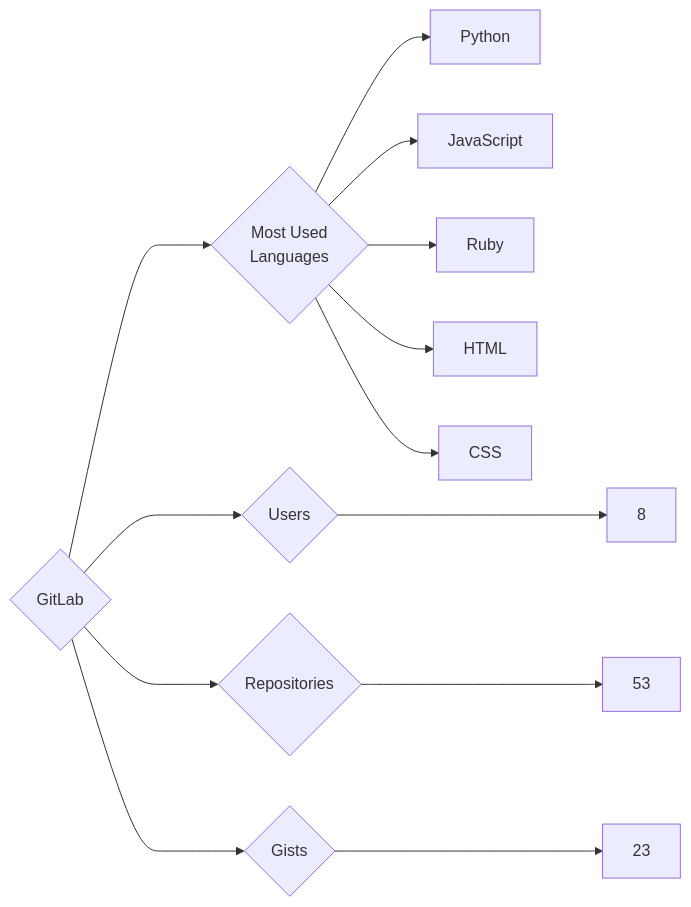
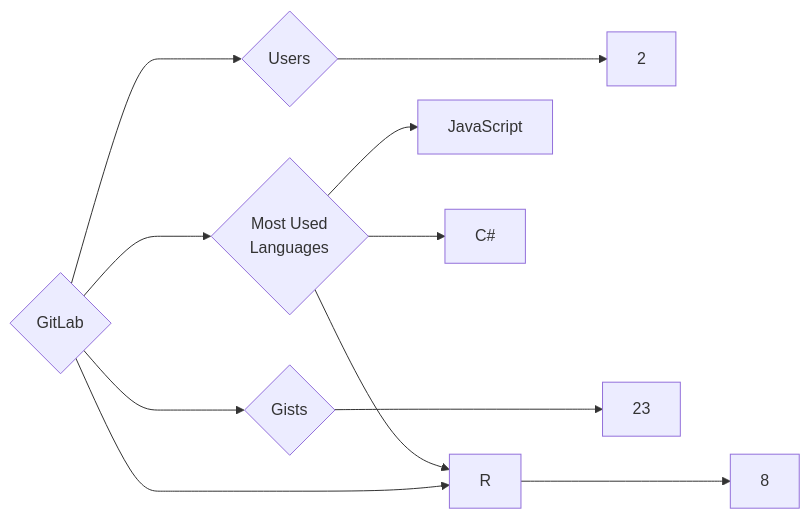
Before and after one commit to trickest/insiders: the diagram in targets/GitLab/README.md, drawn with Mermaid. The commit also changed 745 other files, not shown here.

````diff
--- a/targets/GitLab/README.md
+++ b/targets/GitLab/README.md
@@ -3,13 +3,11 @@
 ```mermaid
 graph LR
 COMPANY_NAME{GitLab}
-COMPANY_NAME ---> U{Users} ---> UN[8]
-COMPANY_NAME ---> R{Repositories} ---> RN[53]
+COMPANY_NAME ---> U{Users} ---> UN[2]
+COMPANY_NAME ---> R{Repositories} ---> RN[8]
 COMPANY_NAME ---> G{Gists} ---> GN[23]
 COMPANY_NAME ---> ML{Most Used<br>Languages}
-ML --> Python[Python]
 ML --> JavaScript[JavaScript]
-ML --> Ruby[Ruby]
-ML --> HTML[HTML]
-ML --> CSS[CSS]
+ML --> R[R]
+ML --> C#[C#]
 ```
````
